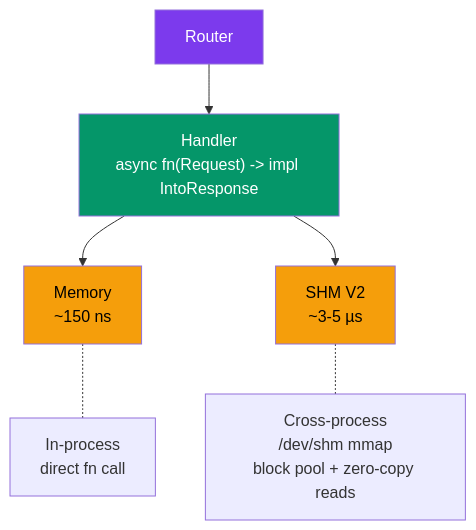
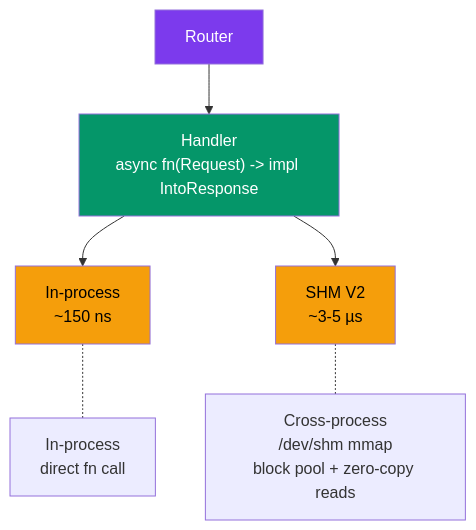
Before and after one commit to userFRM/crossbar: the diagram in README.md, drawn with Mermaid. The commit also changed other lines of this file and 12 other files, not shown here.

First line of the commit message:
Rename MemoryClient to InProcessClient for industry-standard naming

````diff
--- a/README.md
+++ b/README.md
@@ -177,15 +177,15 @@
 ```mermaid
 graph TD
     R["Router"] --> H["Handler<br>async fn(Request) -> impl IntoResponse"]
 
-    H --> M["Memory<br>~150 ns"]
+    H --> M["In-process<br>~150 ns"]
     H --> SHM["SHM V2<br>~3-5 µs"]
 
     M -.- MP["In-process<br>direct fn call"]
     SHM -.- SP["Cross-process<br>/dev/shm mmap<br>block pool + zero-copy reads"]
 
     style R fill:#7c3aed,color:#fff
     style H fill:#059669,color:#fff
     style M fill:#f59e0b,color:#000
     style SHM fill:#f59e0b,color:#000
 ```
````
